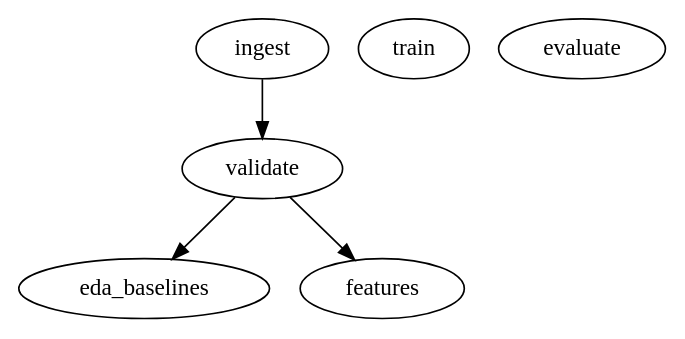
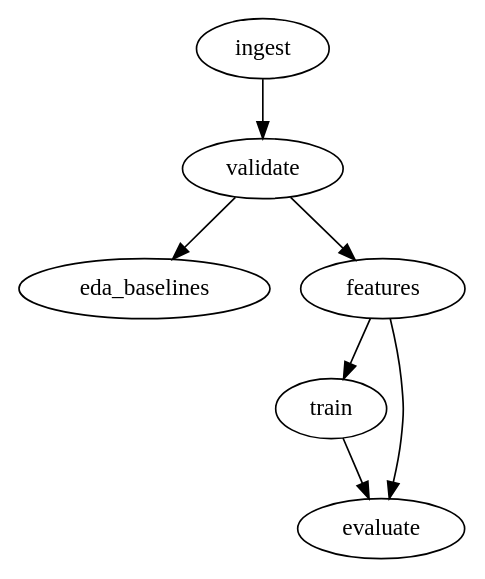
Before and after one commit to Gilgamesh60/DA5402_CH21B062_FINAL_E2E_PROJECT: the diagram in docs/diagrams/dvc-dag.dot, drawn with Graphviz. The commit also changed 17 other files, not shown here.

```diff
--- a/docs/diagrams/dvc-dag.dot
+++ b/docs/diagrams/dvc-dag.dot
@@ -1,11 +1,14 @@
 strict digraph {
 "ingest";
 "validate";
 "eda_baselines";
 "features";
 "train";
 "evaluate";
 "ingest" -> "validate";
 "validate" -> "eda_baselines";
 "validate" -> "features";
+"features" -> "train";
+"features" -> "evaluate";
+"train" -> "evaluate";
 }
```
